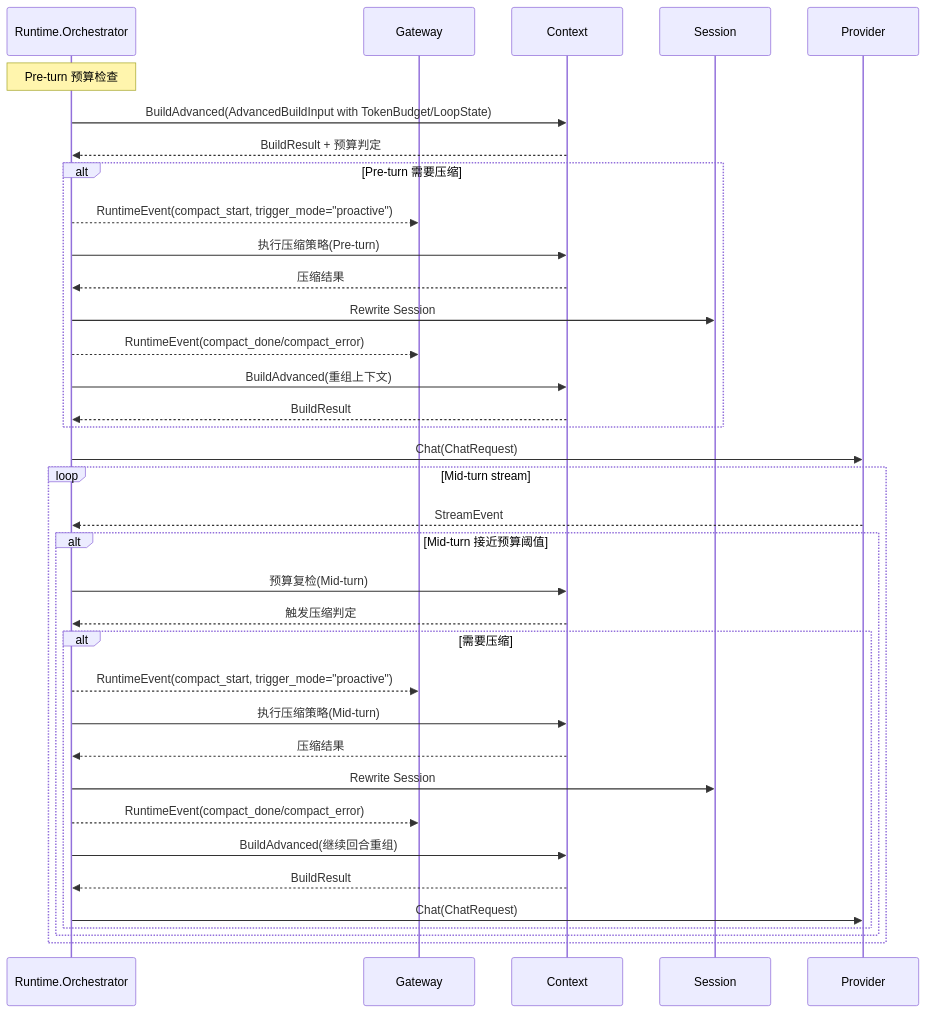
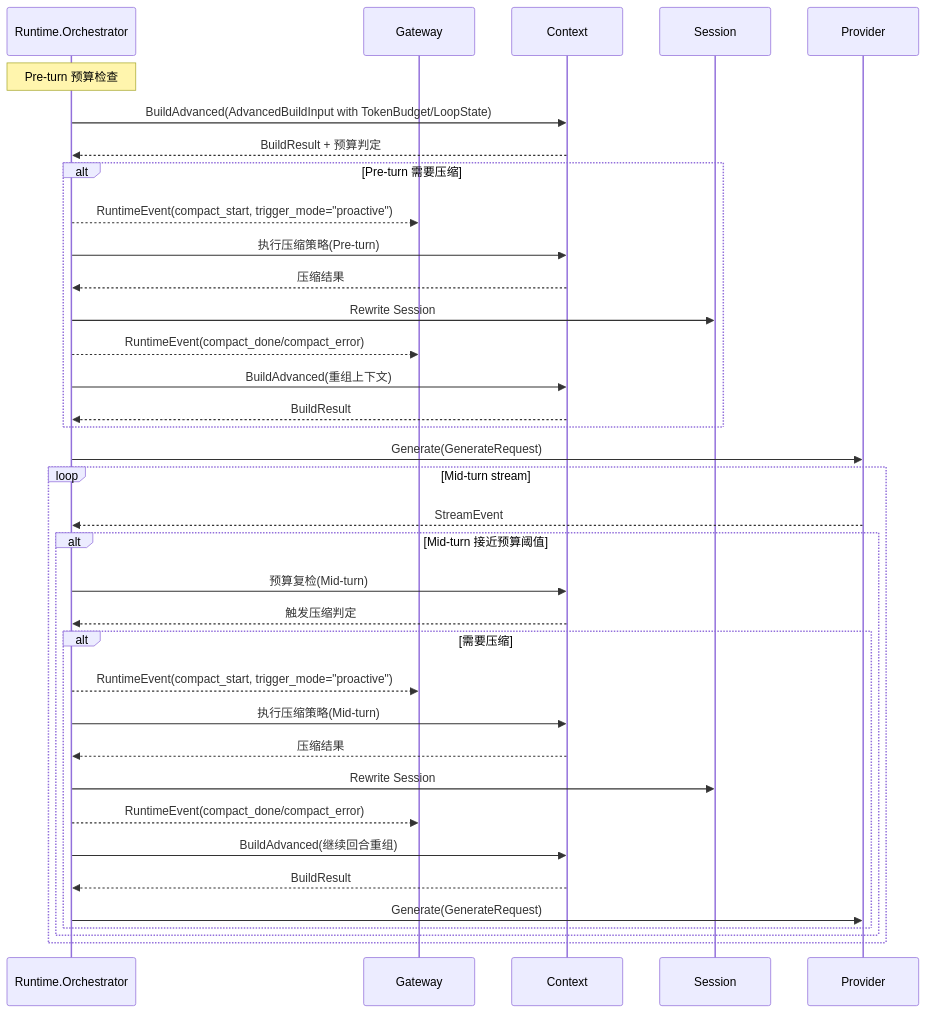
The third of 6 diagrams in docs/architecture/runtime/README.md (pionxe/neo-code), drawn with Mermaid before and after one commit. The commit also changed other lines of this file and 5 other files, not shown here.

````diff
--- a/docs/architecture/runtime/README.md
+++ b/docs/architecture/runtime/README.md
@@ -111,42 +111,42 @@
 ```mermaid
 sequenceDiagram
     participant RT as Runtime.Orchestrator
     participant GW as Gateway
     participant CTX as Context
     participant SS as Session
     participant PV as Provider
 
     Note over RT: Pre-turn 预算检查
     RT->>CTX: BuildAdvanced(AdvancedBuildInput with TokenBudget/LoopState)
     CTX-->>RT: BuildResult + 预算判定
 
     alt Pre-turn 需要压缩
         RT-->>GW: RuntimeEvent(compact_start, trigger_mode="proactive")
         RT->>CTX: 执行压缩策略(Pre-turn)
         CTX-->>RT: 压缩结果
         RT->>SS: Rewrite Session
         RT-->>GW: RuntimeEvent(compact_done/compact_error)
         RT->>CTX: BuildAdvanced(重组上下文)
         CTX-->>RT: BuildResult
     end
 
-    RT->>PV: Chat(ChatRequest)
+    RT->>PV: Generate(GenerateRequest)
 
     loop Mid-turn stream
         PV-->>RT: StreamEvent
         alt Mid-turn 接近预算阈值
             RT->>CTX: 预算复检(Mid-turn)
             CTX-->>RT: 触发压缩判定
             alt 需要压缩
                 RT-->>GW: RuntimeEvent(compact_start, trigger_mode="proactive")
                 RT->>CTX: 执行压缩策略(Mid-turn)
                 CTX-->>RT: 压缩结果
                 RT->>SS: Rewrite Session
                 RT-->>GW: RuntimeEvent(compact_done/compact_error)
                 RT->>CTX: BuildAdvanced(继续回合重组)
                 CTX-->>RT: BuildResult
-                RT->>PV: Chat(ChatRequest)
+                RT->>PV: Generate(GenerateRequest)
             end
         end
     end
 ```
````
